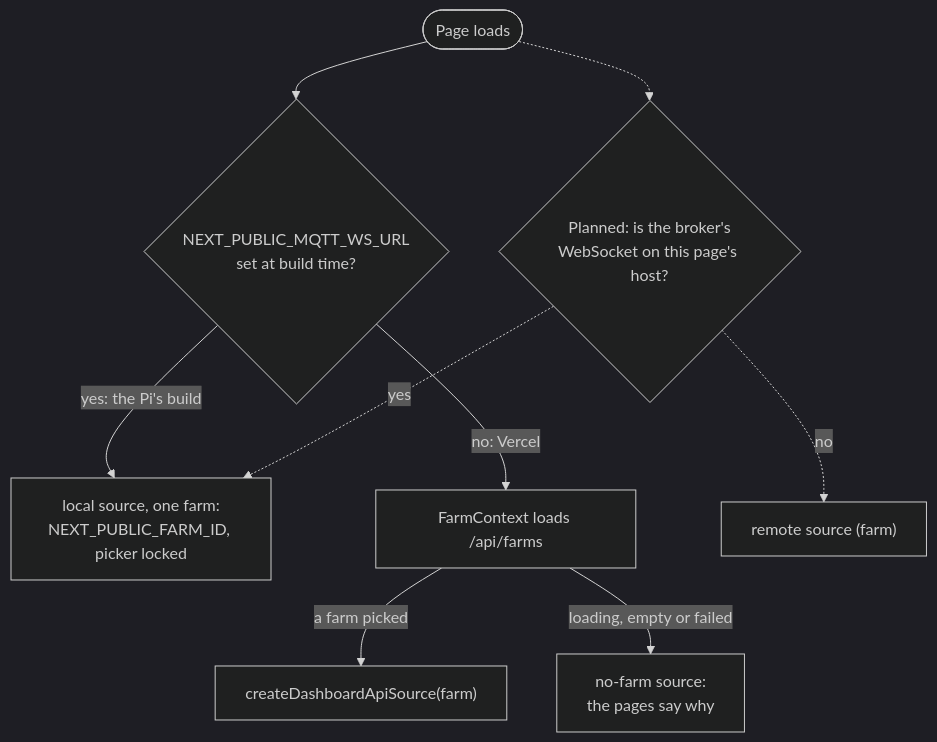
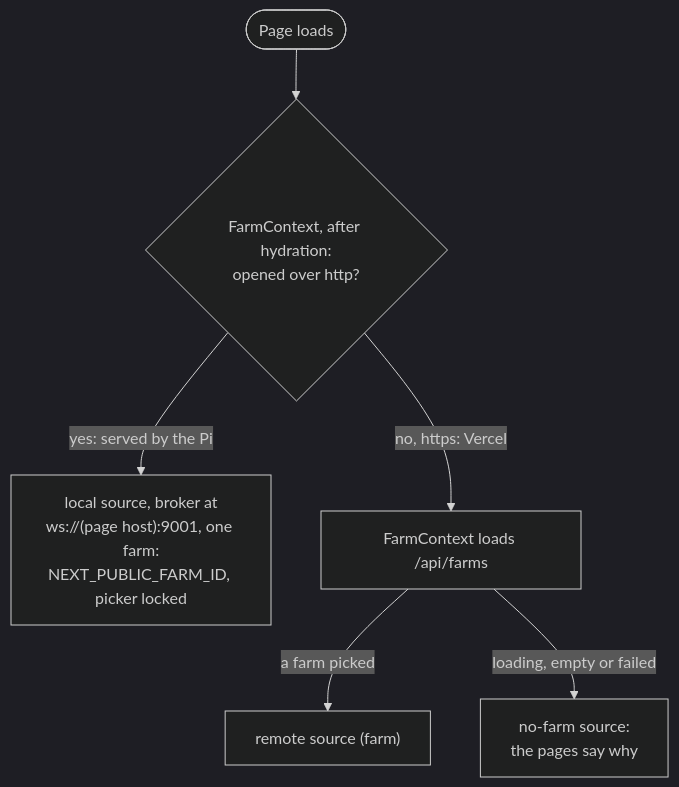
Before and after one commit to Ca1eb9/verdant-os: the second of 5 diagrams in web/docs/architecture.md, drawn with Mermaid (dark theme). The commit also changed other lines of this file and 20 other files, not shown here.

First line of the commit message:
Remote data source (#56)

````diff
--- a/web/docs/architecture.md
+++ b/web/docs/architecture.md
@@ -80,12 +80,8 @@
 ```mermaid
 flowchart TD
-    Start([Page loads]) --> Build{"NEXT_PUBLIC_MQTT_WS_URL<br/>set at build time?"}
-    Build -- "yes: the Pi's build" --> LocalSrc["local source, one farm:<br/>NEXT_PUBLIC_FARM_ID, picker locked"]
-    Build -- "no: Vercel" --> List["FarmContext loads /api/farms"]
-    List -- "a farm picked" --> StubSrc["createDashboardApiSource(farm)"]
+    Start([Page loads]) --> Detect{"FarmContext, after hydration:<br/>opened over http?"}
+    Detect -- "yes: served by the Pi" --> LocalSrc["local source, broker at<br/>ws://(page host):9001, one farm:<br/>NEXT_PUBLIC_FARM_ID, picker locked"]
+    Detect -- "no, https: Vercel" --> List["FarmContext loads /api/farms"]
+    List -- "a farm picked" --> RemoteSrc["remote source (farm)"]
     List -- "loading, empty or failed" --> None["no-farm source:<br/>the pages say why"]
-
-    Start -.-> Detect{"Planned: is the broker's<br/>WebSocket on this page's host?"}
-    Detect -.-> |"yes"| LocalSrc
-    Detect -.-> |"no"| RemoteSrc["remote source (farm)"]
 ```
````
